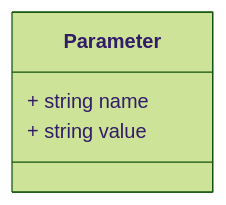
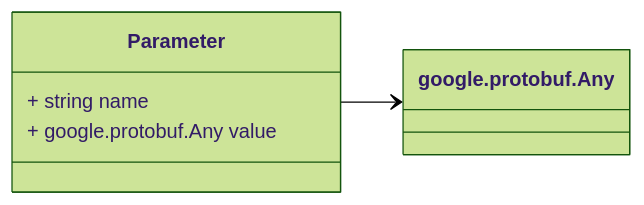
One commit to zaphiro-technologies/protobuf changed the third of 5 diagrams in docs/task.proto.md. Above: the diagram before and after it, drawn with Mermaid (forest theme). The commit also changed other lines of this file and 7 other files, not shown here.

First line of the commit message:
Topology protobuf and any notification params (#39)

````diff
--- a/docs/task.proto.md
+++ b/docs/task.proto.md
@@ -94,12 +95,13 @@
 ```mermaid
 classDiagram
 direction LR
 
 %% A parameter of a `Task` or `Notification`
 
 class Parameter {
   + string name
-  + string value
+  + google.protobuf.Any value
 }
+Parameter --> `google.protobuf.Any`
 
 ```
````
